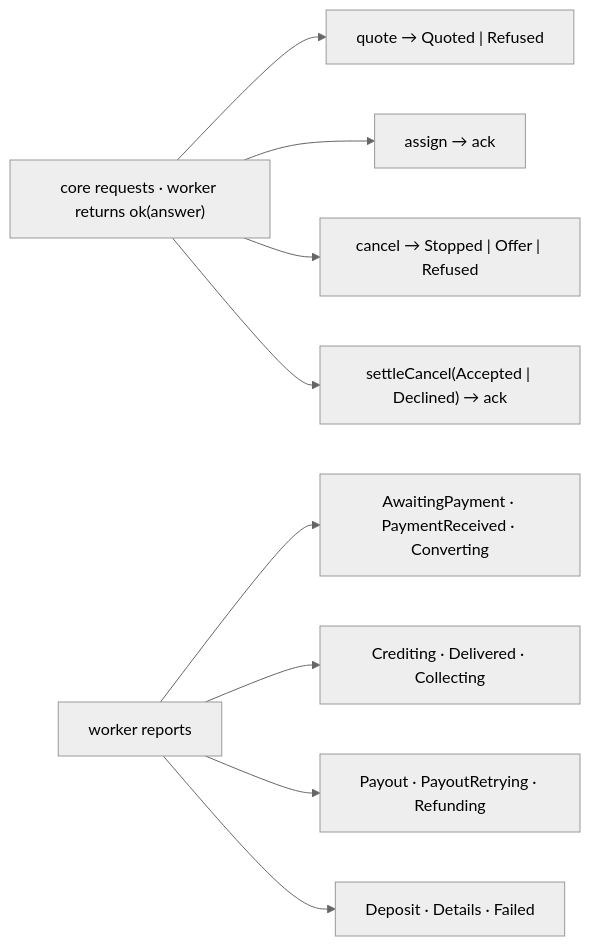
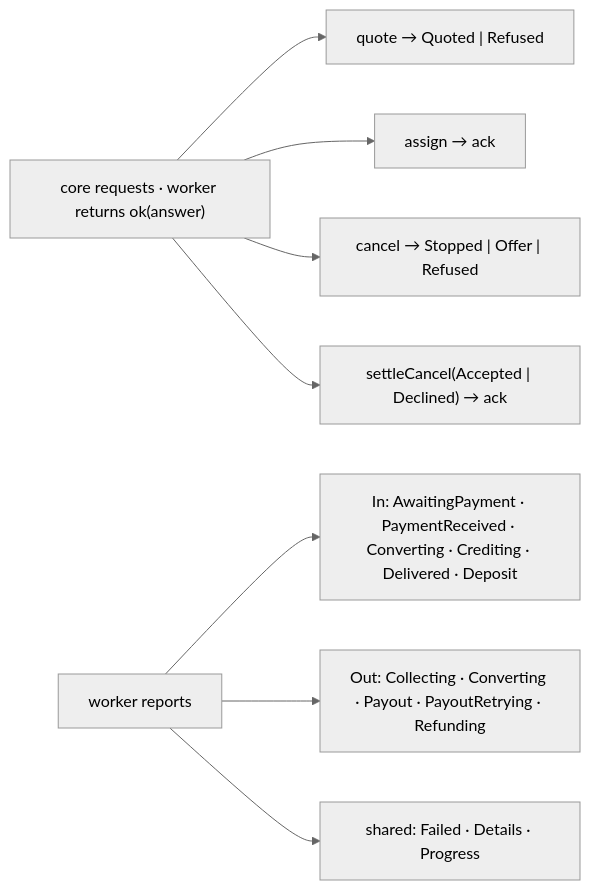
One commit to paritytech/trinity-user-agents changed the second of 9 diagrams in docs/design/funding-modality.md. Above: the diagram before and after it, drawn with Mermaid (neutral theme). The commit also changed other lines of this file, not shown here.

````diff
--- a/docs/design/funding-modality.md
+++ b/docs/design/funding-modality.md
@@ -91,11 +91,10 @@
 ```mermaid
 flowchart LR
   core["core requests · worker returns ok(answer)"] --> Q["quote → Quoted | Refused"]
   core --> A["assign → ack"]
   core --> C["cancel → Stopped | Offer | Refused"]
   core --> S["settleCancel(Accepted | Declined) → ack"]
-  report["worker reports"] --> u1[AwaitingPayment · PaymentReceived · Converting]
-  report --> u2[Crediting · Delivered · Collecting]
-  report --> u3[Payout · PayoutRetrying · Refunding]
-  report --> u4[Deposit · Details · Failed]
+  report["worker reports"] --> u1["In: AwaitingPayment · PaymentReceived · Converting · Crediting · Delivered · Deposit"]
+  report --> u2["Out: Collecting · Converting · Payout · PayoutRetrying · Refunding"]
+  report --> u3["shared: Failed · Details · Progress"]
 ```
````
